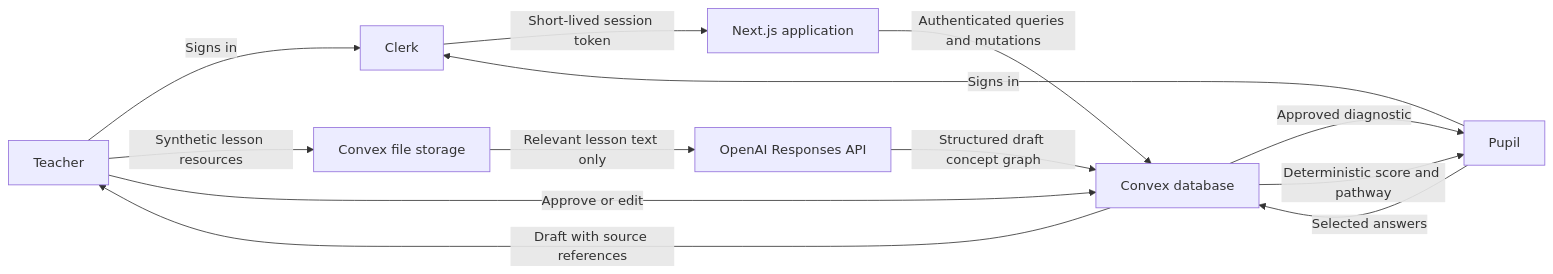
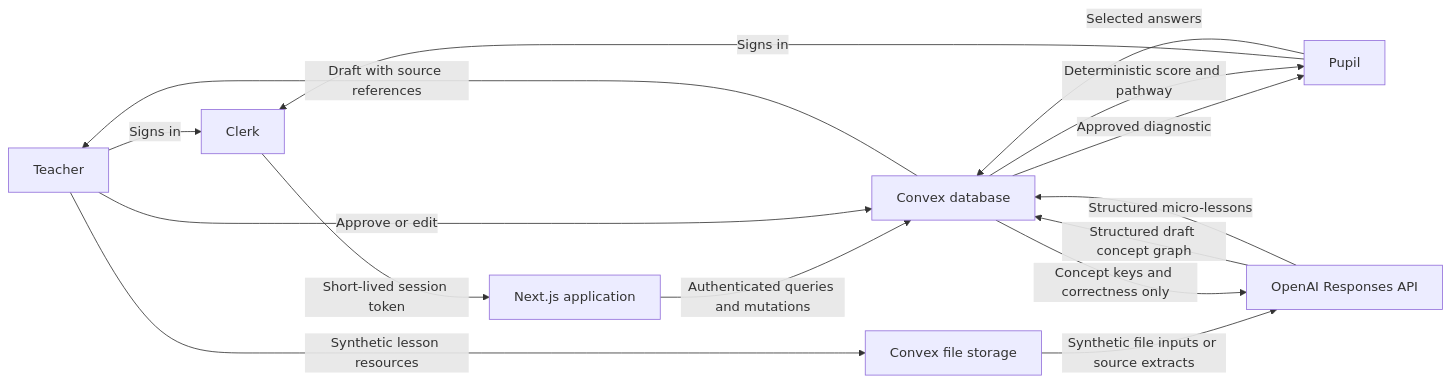
The diagram in docs/SAFETY-PRIVACY-DECISIONS.md (DanielButler1/BridgeBack), drawn with Mermaid before and after one commit. The commit also changed other lines of this file and 15 other files, not shown here.

````diff
--- a/docs/SAFETY-PRIVACY-DECISIONS.md
+++ b/docs/SAFETY-PRIVACY-DECISIONS.md
@@ -51,15 +51,17 @@
 ```mermaid
 flowchart LR
     T["Teacher"] -->|"Signs in"| C["Clerk"]
     P["Pupil"] -->|"Signs in"| C
     C -->|"Short-lived session token"| A["Next.js application"]
     A -->|"Authenticated queries and mutations"| X["Convex database"]
     T -->|"Synthetic lesson resources"| S["Convex file storage"]
-    S -->|"Relevant lesson text only"| O["OpenAI Responses API"]
+    S -->|"Synthetic file inputs or source extracts"| O["OpenAI Responses API"]
     O -->|"Structured draft concept graph"| X
     X -->|"Draft with source references"| T
     T -->|"Approve or edit"| X
     X -->|"Approved diagnostic"| P
     P -->|"Selected answers"| X
     X -->|"Deterministic score and pathway"| P
+    X -->|"Concept keys and correctness only"| O
+    O -->|"Structured micro-lessons"| X
 ```
````
